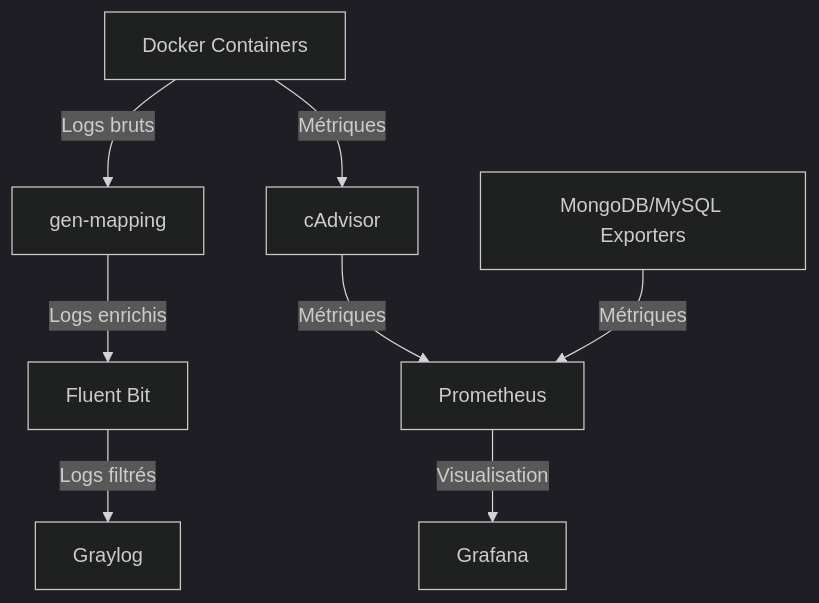
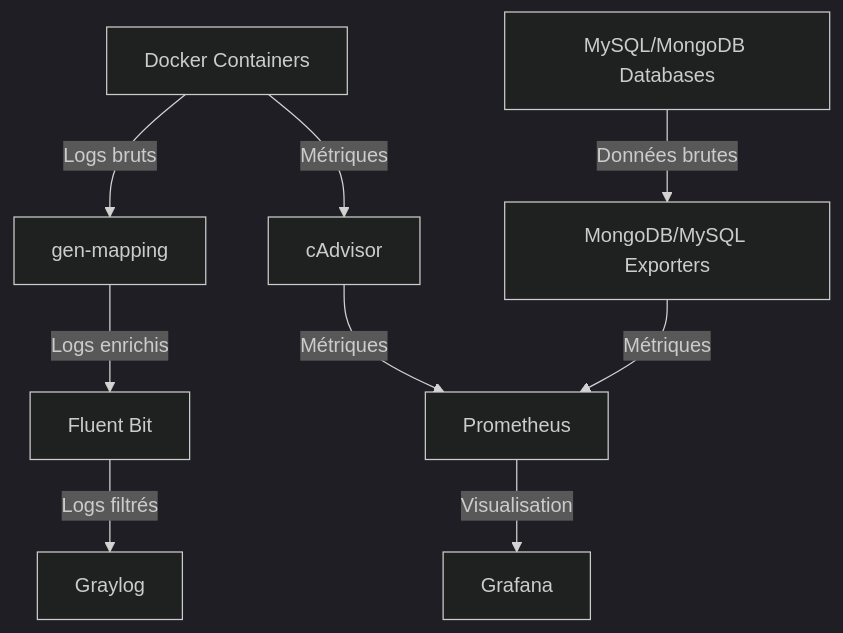
The diagram in monitoring/README.md (nel34/Advanced_Web_Dev), drawn with Mermaid (dark theme) before and after one commit. The commit also changed other lines of this file and 6 other files, not shown here.

````diff
--- a/monitoring/README.md
+++ b/monitoring/README.md
@@ -96,10 +105,11 @@
 ```mermaid
 graph TD
-        A[Docker Containers] -->|Logs bruts| B[gen-mapping]
-        B -->|Logs enrichis| C[Fluent Bit]
-        C -->|Logs filtrés| D[Graylog]
-        A -->|Métriques| E[cAdvisor]
-        E -->|Métriques| F[Prometheus]
-        F -->|Visualisation| G[Grafana]
-        H[MongoDB/MySQL Exporters] -->|Métriques| F
+    A[Docker Containers] -->|Logs bruts| B[gen-mapping]
+    B -->|Logs enrichis| C[Fluent Bit]
+    C -->|Logs filtrés| D[Graylog]
+    A -->|Métriques| E[cAdvisor]
+    E -->|Métriques| F[Prometheus]
+    F -->|Visualisation| G[Grafana]
+    H[MongoDB/MySQL Exporters] -->|Métriques| F
+    I[MySQL/MongoDB Databases] -->|Données brutes| H
 ```
````
